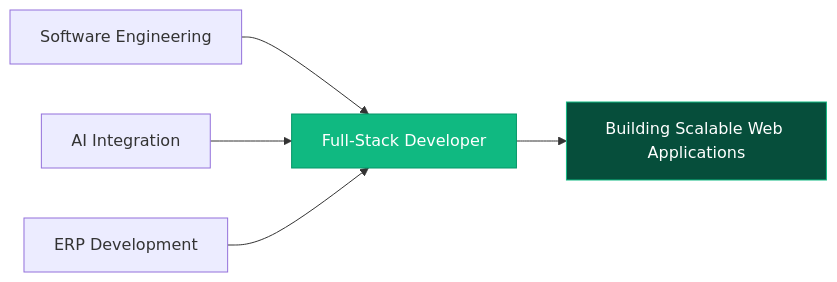
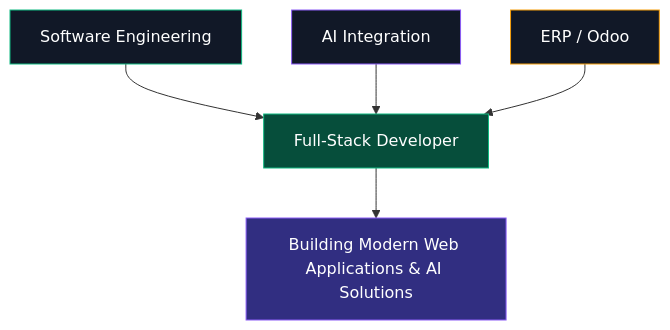
One commit to yohannes-wegayehu/yohannes-wegayehu changed the diagram in README.md. Above: the diagram before and after it, drawn with Mermaid. The commit also changed other lines of this file, not shown here.

````diff
--- a/README.md
+++ b/README.md
@@ -200,9 +111,13 @@
 ```mermaid
-graph LR
+graph TD
     A[Software Engineering] --> D[Full-Stack Developer]
     B[AI Integration] --> D
-    C[ERP Development] --> D
-    D --> E[Building Scalable Web Applications]
-    style D fill:#10b981,stroke:#059669,color:#fff
-    style E fill:#064e3b,stroke:#10b981,color:#fff
+    C[ERP / Odoo] --> D
+    D --> E[Building Modern Web Applications & AI Solutions]
+
+    style A fill:#111827,stroke:#10b981,color:#ffffff
+    style B fill:#111827,stroke:#8b5cf6,color:#ffffff
+    style C fill:#111827,stroke:#f59e0b,color:#ffffff
+    style D fill:#064e3b,stroke:#10b981,color:#ffffff
+    style E fill:#312e81,stroke:#8b5cf6,color:#ffffff
 ```
````
